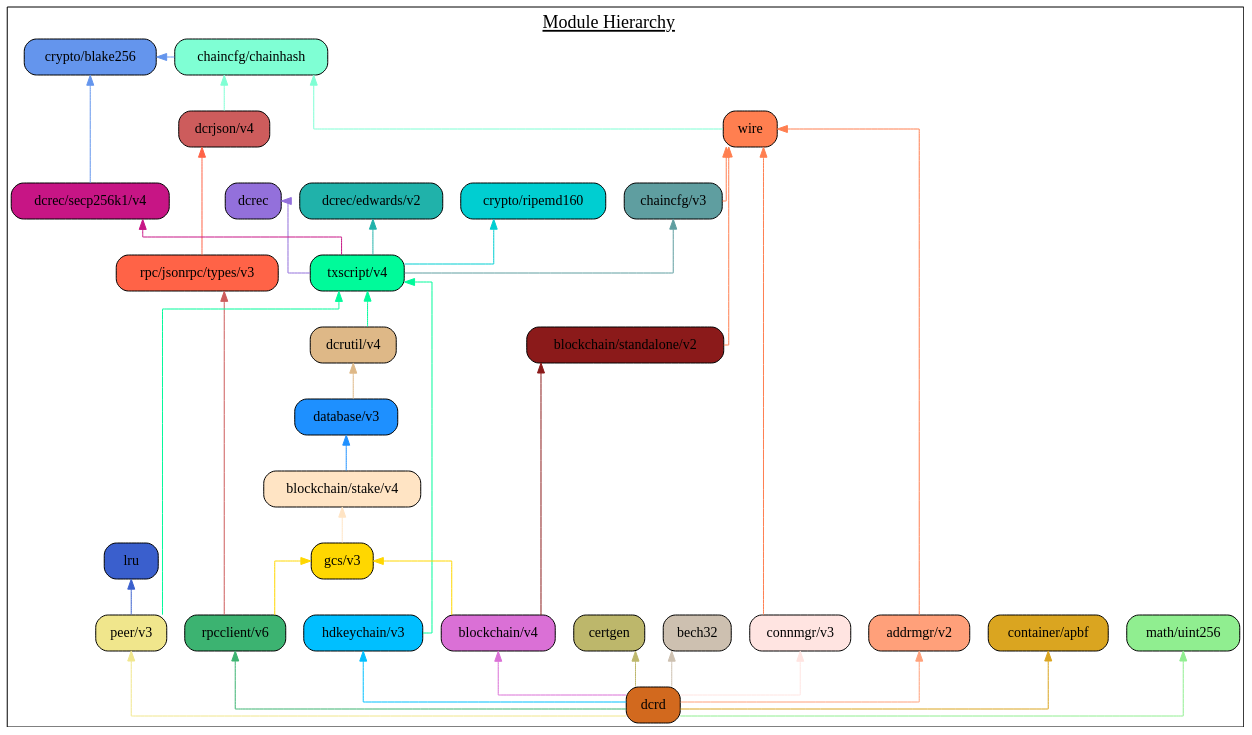
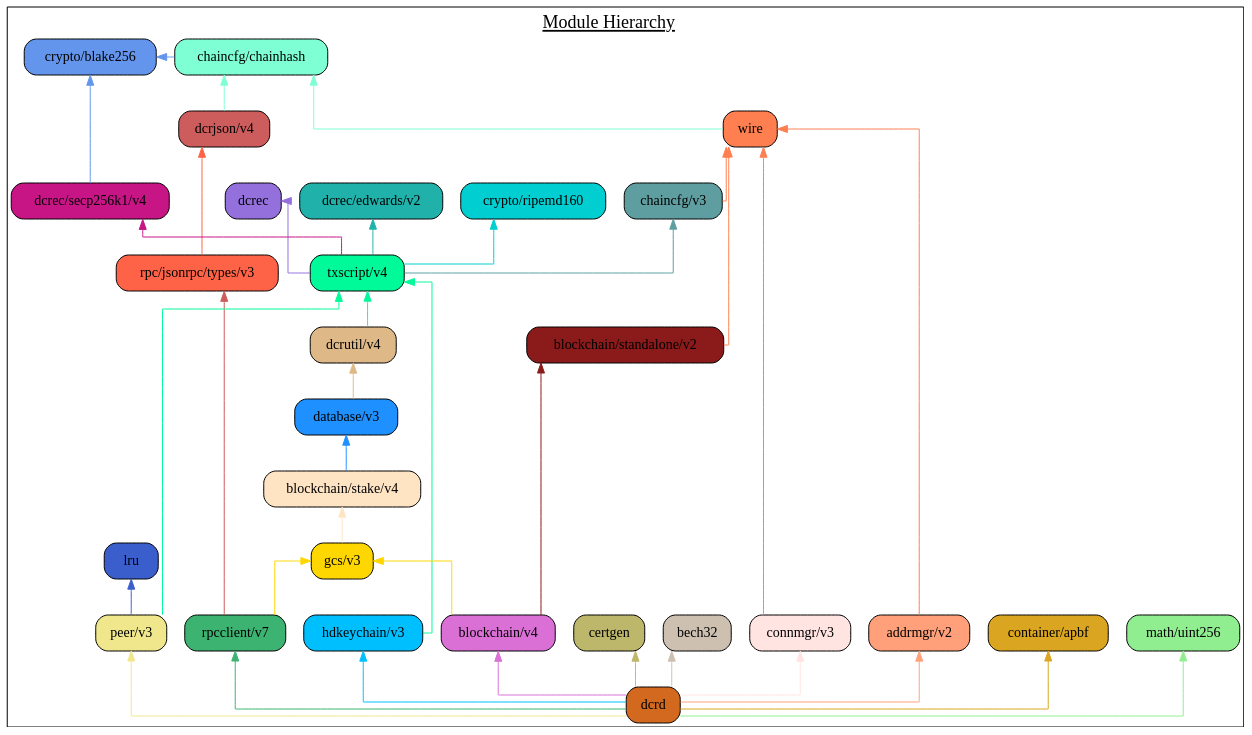
Before and after one commit to decred/dcrd: the diagram in docs/assets/module_hierarchy.gv, drawn with Graphviz. The commit also changed 4 other files, not shown here.

```diff
--- a/docs/assets/module_hierarchy.gv
+++ b/docs/assets/module_hierarchy.gv
@@ -1,77 +1,77 @@
 digraph {
 	graph [splines=ortho colorscheme=svg label=<<u>Module Hierarchy</u>> labelloc=t fontsize=18.0]
 	node [shape=box style="filled, rounded"]
 
 	blake256 [label="crypto/blake256" fillcolor=cornflowerblue]
 	ripemd160 [label="crypto/ripemd160" fillcolor=darkturquoise]
 	certgen [label="certgen" fillcolor=darkkhaki]
 	bech32 [label="bech32" fillcolor=antiquewhite3]
 	chainhash [label="chaincfg/chainhash" fillcolor=aquamarine]
 	dcrjson [label="dcrjson/v4" fillcolor=indianred]
 	types [label="rpc/jsonrpc/types/v3" fillcolor=tomato]
 	wire [label="wire" fillcolor=coral]
 	addrmgr [label="addrmgr/v2" fillcolor=lightsalmon]
 	chaincfg [label="chaincfg/v3" fillcolor=cadetblue]
 	connmgr [label="connmgr/v3" fillcolor=mistyrose]
 	dcrec [label="dcrec" fillcolor=mediumpurple]
 	edwards [label="dcrec/edwards/v2" fillcolor=lightseagreen]
 	secp256k1 [label="dcrec/secp256k1/v4" fillcolor=mediumvioletred]
 	dcrutil [label="dcrutil/v4" fillcolor=burlywood]
 	database [label="database/v3" fillcolor=dodgerblue]
 	hdkeychain [label="hdkeychain/v3" fillcolor=deepskyblue]
 	txscript [label="txscript/v4" fillcolor=mediumspringgreen]
 	stake [label="blockchain/stake/v4" fillcolor=bisque]
 	standalone [label="blockchain/standalone/v2" fillcolor=firebrick4]
 	gcs [label="gcs/v3" fillcolor=gold]
 	blockchain [label="blockchain/v4" fillcolor=orchid]
 	lru [label="lru" fillcolor=royalblue3]
 	peer [label="peer/v3" fillcolor=khaki]
-	rpcclient [label="rpcclient/v6" fillcolor=mediumseagreen]
+	rpcclient [label="rpcclient/v7" fillcolor=mediumseagreen]
 	apbf [label="container/apbf" fillcolor=goldenrod]
 	uint256  [label="math/uint256" fillcolor=lightgreen]
 	dcrd [label="dcrd" fillcolor=chocolate]
 
 	{rank=same blake256 chainhash}
 	{rank=same dcrec secp256k1}
 	{rank=same connmgr addrmgr hdkeychain peer blockchain rpcclient}
 
 	certgen
 	bech32
 	blake256 -> chainhash [dir=back color=cornflowerblue]
 	blake256 -> secp256k1 [dir=back color=cornflowerblue]
 	chaincfg -> txscript [dir=back color=cadetblue]
 	chainhash -> dcrjson [dir=back color=aquamarine]
 	chainhash -> wire [dir=back color=aquamarine]
 	wire -> addrmgr [dir=back color=coral]
 	wire -> chaincfg [dir=back color=coral]
 	wire -> connmgr [dir=back color=coral]
 	wire -> standalone [dir=back color=coral]
 	ripemd160 -> txscript [dir=back color=darkturquoise]
 	dcrec -> txscript [dir=back color=mediumpurple]
 	edwards -> txscript [dir=back color=lightseagreen]
 	secp256k1 -> txscript [dir=back color=mediumvioletred]
 	txscript -> dcrutil [dir=back color=mediumspringgreen]
 	txscript -> hdkeychain [dir=back color=mediumspringgreen]
 	txscript -> peer [dir=back color=mediumspringgreen]
 	dcrutil -> database [dir=back color=burlywood]
 	database -> stake [dir=back color=dodgerblue]
 	stake -> gcs [dir=back color=bisque]
 	standalone -> blockchain [dir=back color=firebrick4]
 	gcs -> blockchain [dir=back color=gold]
 	gcs -> rpcclient [dir=back color=gold]
 
 	lru -> peer [dir=back color=royalblue3]
 	dcrjson -> types [dir=back color=tomato]
 	types -> rpcclient [dir=back color=indianred]
 
 	blockchain -> dcrd [dir=back color=orchid]
 	certgen -> dcrd [dir=back color=darkkhaki]
 	bech32 -> dcrd [dir=back color=antiquewhite3]
 	addrmgr -> dcrd [dir=back color=lightsalmon]
 	hdkeychain -> dcrd [dir=back color=deepskyblue]
 	connmgr -> dcrd [dir=back color=mistyrose]
 	rpcclient -> dcrd [dir=back color=mediumseagreen]
 	peer -> dcrd [dir=back color=khaki]
 	apbf -> dcrd [dir=back color=goldenrod]
 	uint256 -> dcrd [dir=back color=lightgreen]
 }
```
